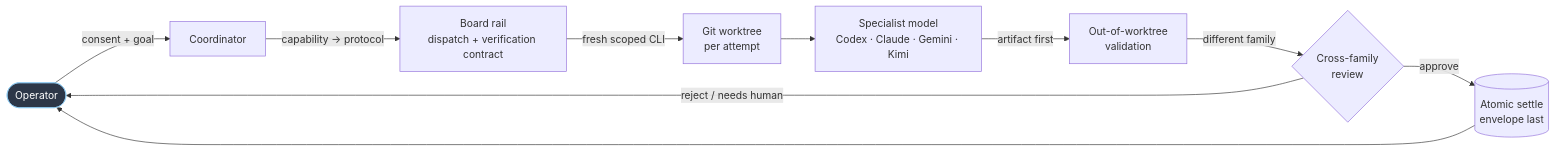
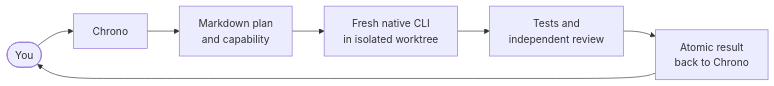
One commit to mtarcure/claude-vibe-squad changed the diagram in README.md. Above: the diagram before and after it, drawn with Mermaid. The commit also changed other lines of this file and 729 other files, not shown here.

````diff
--- a/README.md
+++ b/README.md
@@ -51,13 +76,9 @@
 ```mermaid
 flowchart LR
-    OP([Operator]):::human -->|consent + goal| CO[Coordinator]
-    CO -->|capability → protocol| RAIL[Board rail<br/>dispatch + verification contract]
-    RAIL -->|fresh scoped CLI| WT[Git worktree<br/>per attempt]
-    WT --> SPEC[Specialist model<br/>Codex · Claude · Gemini · Kimi]
-    SPEC -->|artifact first| PUB[Out-of-worktree<br/>validation]
-    PUB -->|different family| REV{Cross-family<br/>review}
-    REV -->|approve| SETTLE[(Atomic settle<br/>envelope last)]
-    REV -->|reject / needs human| OP
-    SETTLE --> OP
-    classDef human fill:#2d3748,stroke:#90cdf4,color:#fff;
+    OP([You]) --> CO[Chrono]
+    CO --> PLAN[Markdown plan<br/>and capability]
+    PLAN --> RUN[Fresh native CLI<br/>in isolated worktree]
+    RUN --> CHECK[Tests and<br/>independent review]
+    CHECK --> RESULT[Atomic result<br/>back to Chrono]
+    RESULT --> OP
 ```
````
